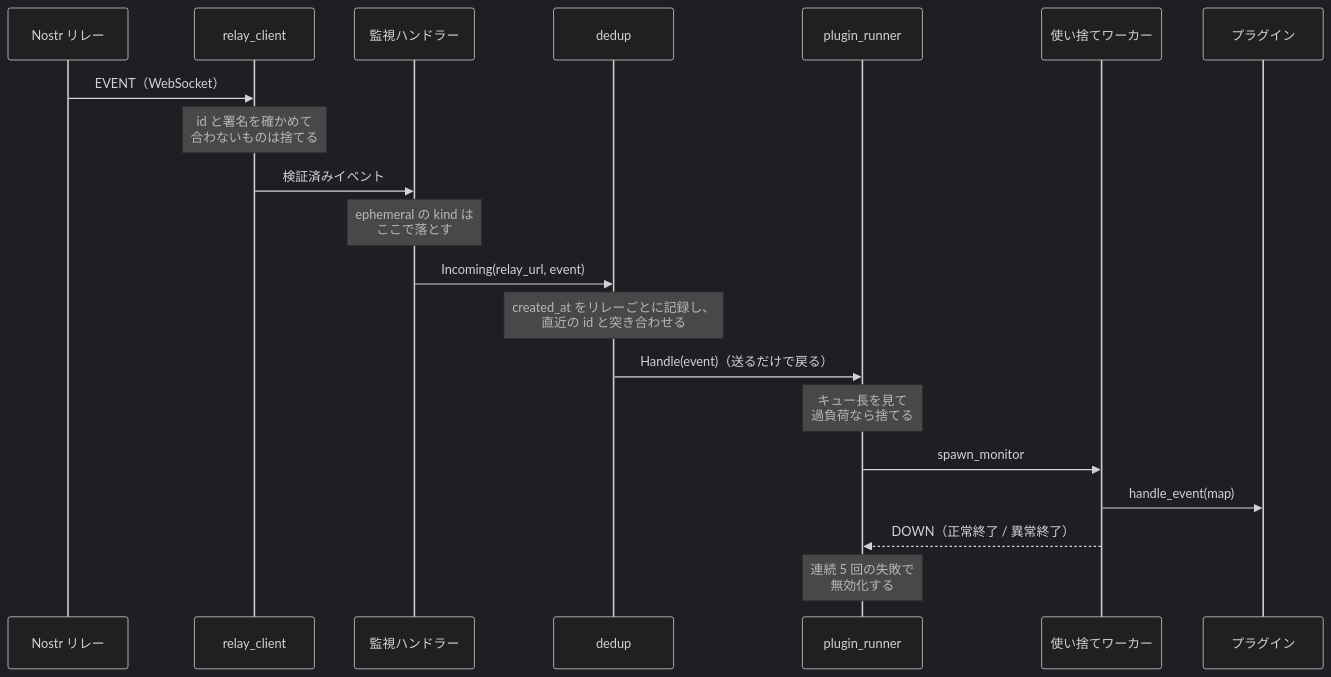
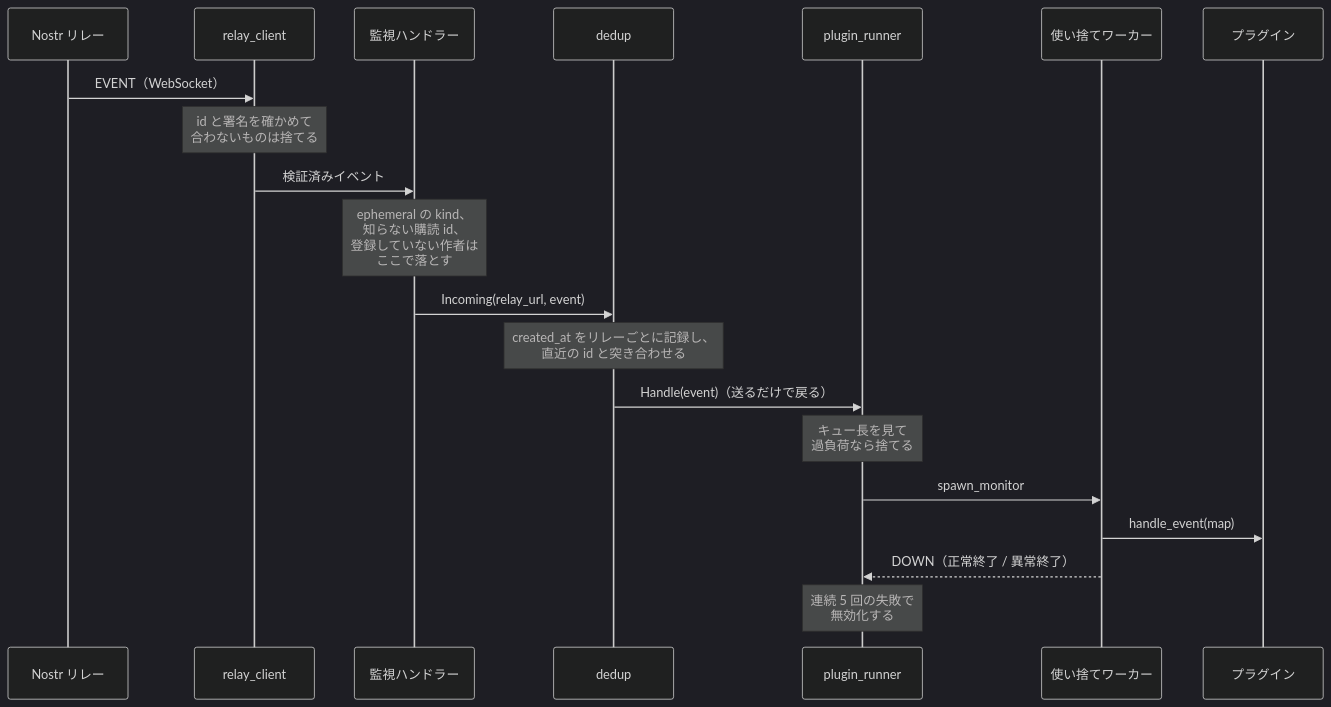
Before and after one commit to neverclear86/nostr-no-su: the second of 9 diagrams in docs/architecture.md, drawn with Mermaid (dark theme). The commit also changed other lines of this file and 11 other files, not shown here.

````diff
--- a/docs/architecture.md
+++ b/docs/architecture.md
@@ -163,23 +164,23 @@
 ```mermaid
 sequenceDiagram
     participant relay as Nostr リレー
     participant client as relay_client
     participant handler as 監視ハンドラー
     participant dedup as dedup
     participant runner as plugin_runner
     participant worker as 使い捨てワーカー
     participant plugin as プラグイン
 
     relay->>client: EVENT（WebSocket）
     Note over client: id と署名を確かめて<br/>合わないものは捨てる
     client->>handler: 検証済みイベント
-    Note over handler: ephemeral の kind は<br/>ここで落とす
+    Note over handler: ephemeral の kind、<br/>知らない購読 id、<br/>登録していない作者は<br/>ここで落とす
     handler->>dedup: Incoming(relay_url, event)
     Note over dedup: created_at をリレーごとに記録し、<br/>直近の id と突き合わせる
     dedup->>runner: Handle(event)（送るだけで戻る）
     Note over runner: キュー長を見て<br/>過負荷なら捨てる
     runner->>worker: spawn_monitor
     worker->>plugin: handle_event(map)
     worker-->>runner: DOWN（正常終了 / 異常終了）
     Note over runner: 連続 5 回の失敗で<br/>無効化する
 ```
````
